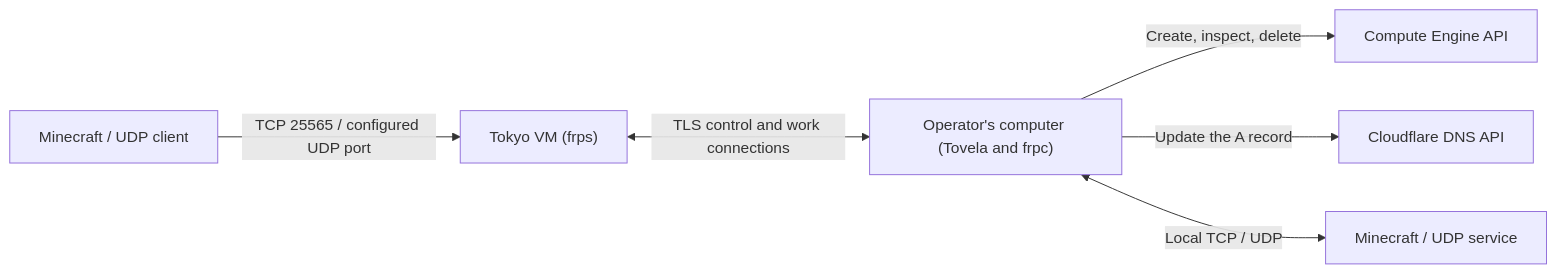
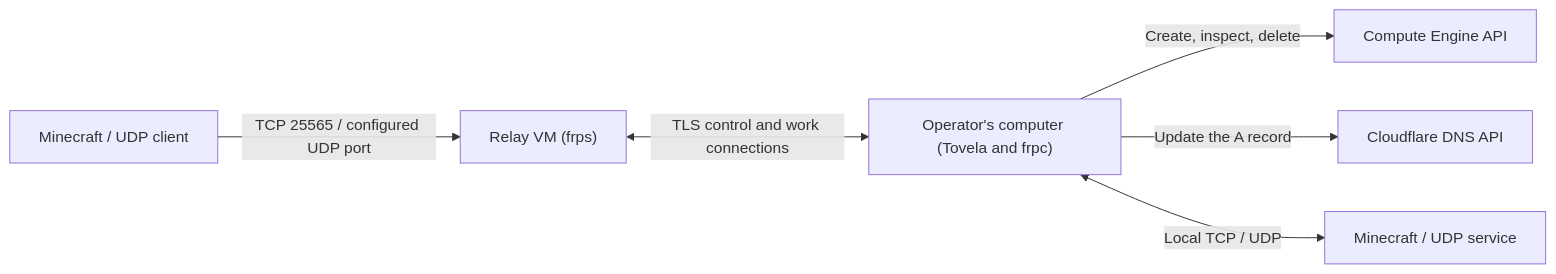
One commit to sya-ri/tovela changed the diagram in docs/design.md. Above: the diagram before and after it, drawn with Mermaid. The commit also changed other lines of this file and 20 other files, not shown here.

````diff
--- a/docs/design.md
+++ b/docs/design.md
@@ -7,8 +7,8 @@
 ```mermaid
 flowchart LR
-    Player["Minecraft / UDP client"] -->|"TCP 25565 / configured UDP port"| VM["Tokyo VM (frps)"]
+    Player["Minecraft / UDP client"] -->|"TCP 25565 / configured UDP port"| VM["Relay VM (frps)"]
     VM <-->|"TLS control and work connections"| Local["Operator's computer (Tovela and frpc)"]
     Local -->|"Create, inspect, delete"| GCE["Compute Engine API"]
     Local -->|"Update the A record"| DNS["Cloudflare DNS API"]
     Local <-->|"Local TCP / UDP"| Server["Minecraft / UDP service"]
 ```
````
